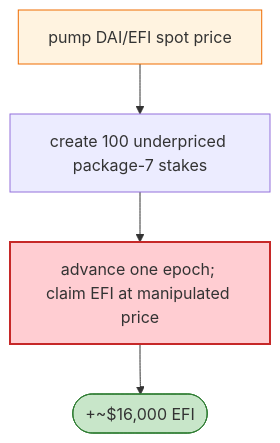
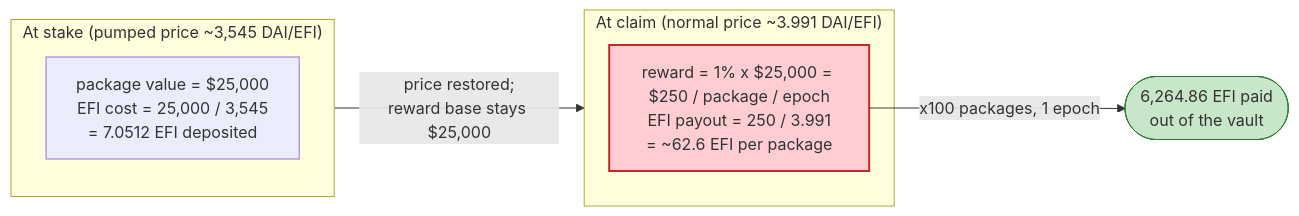
Before and after one commit to sanbir/evm-hack-registry: the fourth of 4 diagrams in 2026-05-ElevateFi_exp/ElevateFi_exp.md, drawn with Mermaid. The commit also changed other lines of this file and 32 other files, not shown here.

````diff
--- a/2026-05-ElevateFi_exp/ElevateFi_exp.md
+++ b/2026-05-ElevateFi_exp/ElevateFi_exp.md
@@ -42,10 +409,14 @@
 ```mermaid
-flowchart TD
-    P["pump DAI/EFI spot price"] --> S["create 100 underpriced package-7 stakes"]
-    S --> E["advance one epoch; claim EFI at manipulated price"]
-    E --> OUT(["+~$16,000 EFI"])
+flowchart LR
+    subgraph Stake["At stake (pumped price ~3,545 DAI/EFI)"]
+        B["package value = $25,000<br/>EFI cost = 25,000 / 3,545<br/>= 7.0512 EFI deposited"]
+    end
+    subgraph Claim["At claim (normal price ~3.991 DAI/EFI)"]
+        Aa["reward = 1% x $25,000 = $250 / package / epoch<br/>EFI payout = 250 / 3.991<br/>= ~62.6 EFI per package"]
+    end
+    Stake -->|"price restored;<br/>reward base stays $25,000"| Claim
+    Aa -->|"x100 packages, 1 epoch"| Drain(["6,264.86 EFI paid<br/>out of the vault"])
 
-    style P fill:#fff3e0,stroke:#ef6c00
-    style E fill:#ffcdd2,stroke:#c62828,stroke-width:2px
-    style OUT fill:#c8e6c9,stroke:#2e7d32
+    style Aa fill:#ffcdd2,stroke:#c62828,stroke-width:2px
+    style Drain fill:#c8e6c9,stroke:#2e7d32
 ```
````
